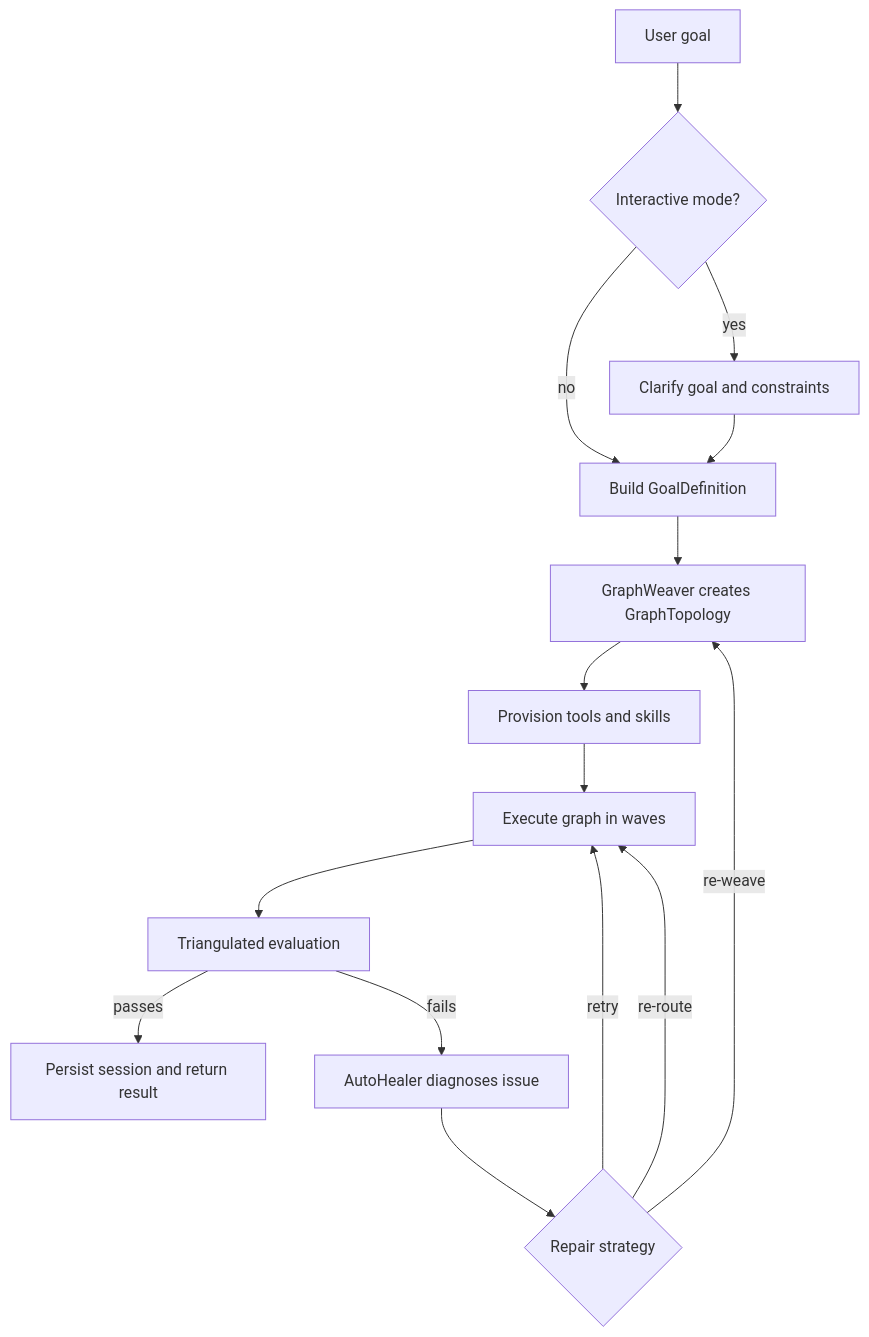
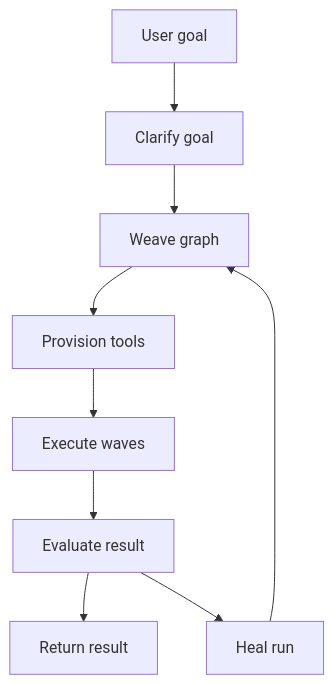
Before and after one commit to Strategic-Automation/arachne: the first of 2 diagrams in README.md, drawn with Mermaid. The commit also changed other lines of this file, not shown here.

Commit message:
docs: simplify README Mermaid diagrams

````diff
--- a/README.md
+++ b/README.md
@@ -41,17 +41,19 @@
 ```mermaid
-flowchart TD
-    A[User goal] --> B{Interactive mode?}
-    B -- yes --> C[Clarify goal and constraints]
-    B -- no --> D[Build GoalDefinition]
+graph TD
+    A[User goal]
+    B[Clarify goal]
+    C[Weave graph]
+    D[Provision tools]
+    E[Execute waves]
+    F[Evaluate result]
+    G[Return result]
+    H[Heal run]
+    A --> B
+    B --> C
     C --> D
-    D --> E[GraphWeaver creates GraphTopology]
-    E --> F[Provision tools and skills]
-    F --> G[Execute graph in waves]
-    G --> H[Triangulated evaluation]
-    H -->|passes| I[Persist session and return result]
-    H -->|fails| J[AutoHealer diagnoses issue]
-    J --> K{Repair strategy}
-    K -->|retry| G
-    K -->|re-route| G
-    K -->|re-weave| E
+    D --> E
+    E --> F
+    F --> G
+    F --> H
+    H --> C
 ```
````
